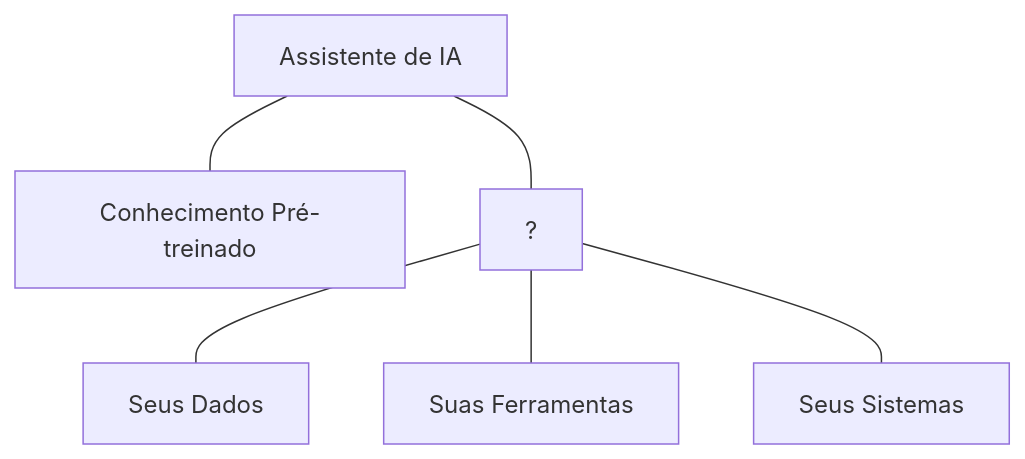
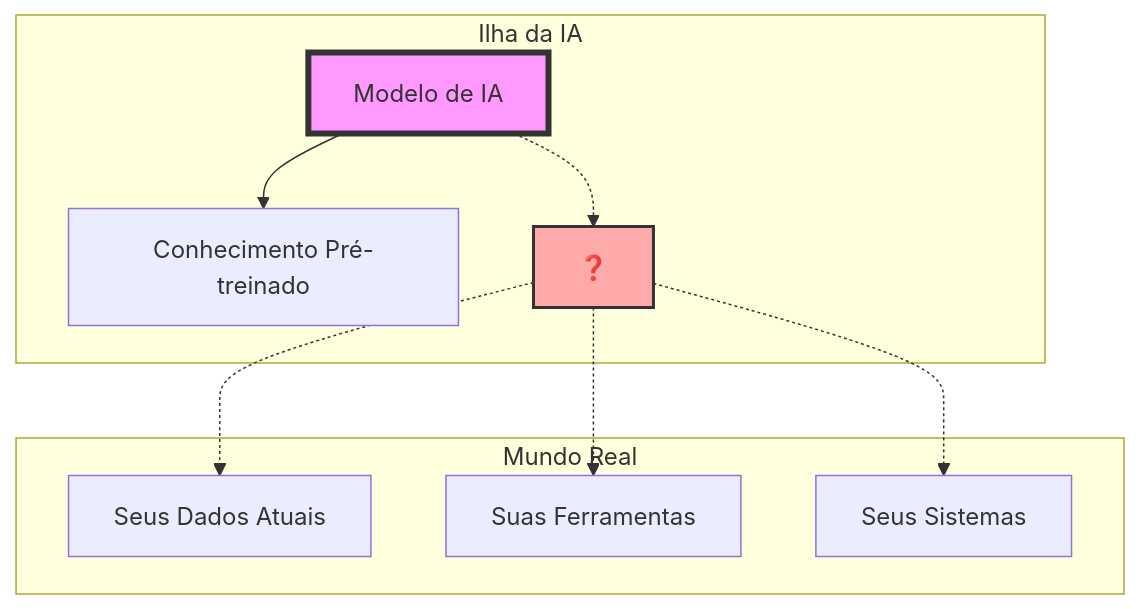
The third of 26 diagrams in AI/Comunicação/MCP/00-mcp-presentation-zero to hero.md (felipepimentel/my-public-notes), drawn with Mermaid before and after one commit. The commit also changed other lines of this file, not shown here.

````diff
--- a/AI/Comunicação/MCP/00-mcp-presentation-zero to hero.md
+++ b/AI/Comunicação/MCP/00-mcp-presentation-zero to hero.md
@@ -51,8 +63,20 @@
 ```mermaid
 graph TD
-    A[Assistente de IA] --- B[Conhecimento Pré-treinado]
-    A --- C[?]
-    C --- D[Seus Dados]
-    C --- E[Suas Ferramentas]
-    C --- F[Seus Sistemas]
+    subgraph "Ilha da IA"
+        AI[Modelo de IA] --> K[Conhecimento Pré-treinado]
+        AI -.-> X[❓]
+    end
+    
+    subgraph "Mundo Real"
+        D[Seus Dados Atuais]
+        T[Suas Ferramentas]
+        S[Seus Sistemas]
+    end
+    
+    X -.-> D
+    X -.-> T
+    X -.-> S
+    
+    style AI fill:#f9f,stroke:#333,stroke-width:4px
+    style X fill:#faa,stroke:#333,stroke-width:2px
 ```
````
